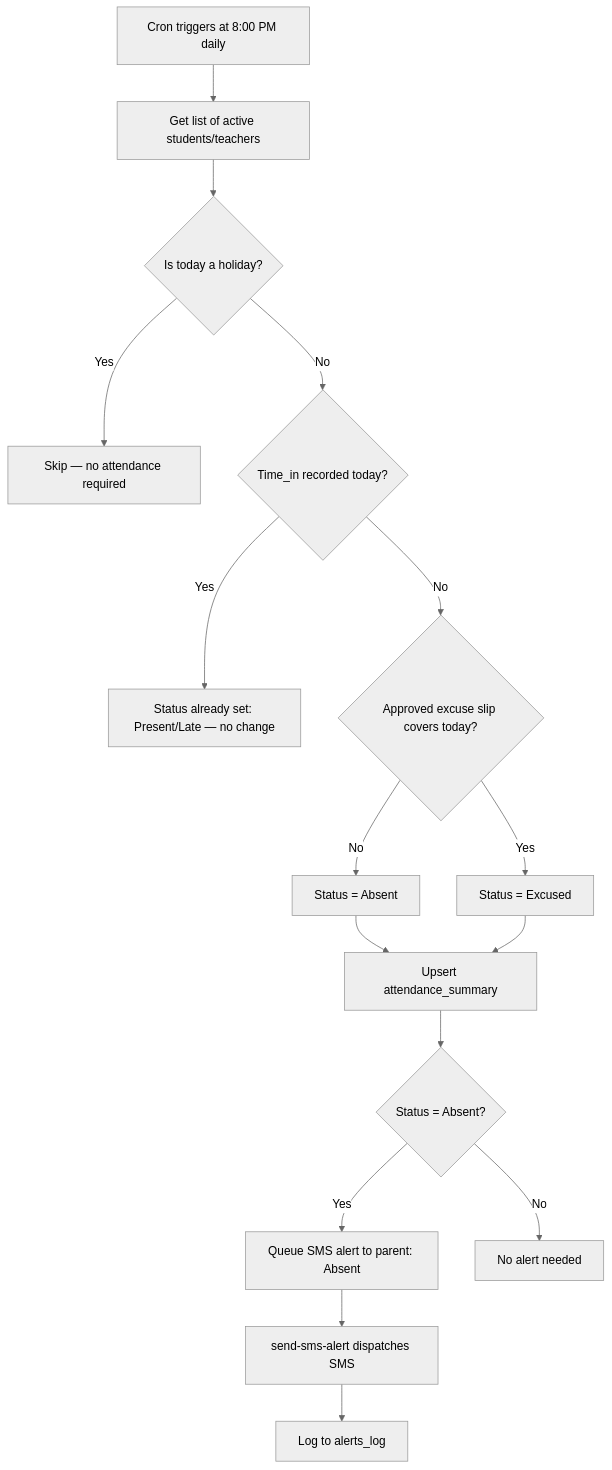
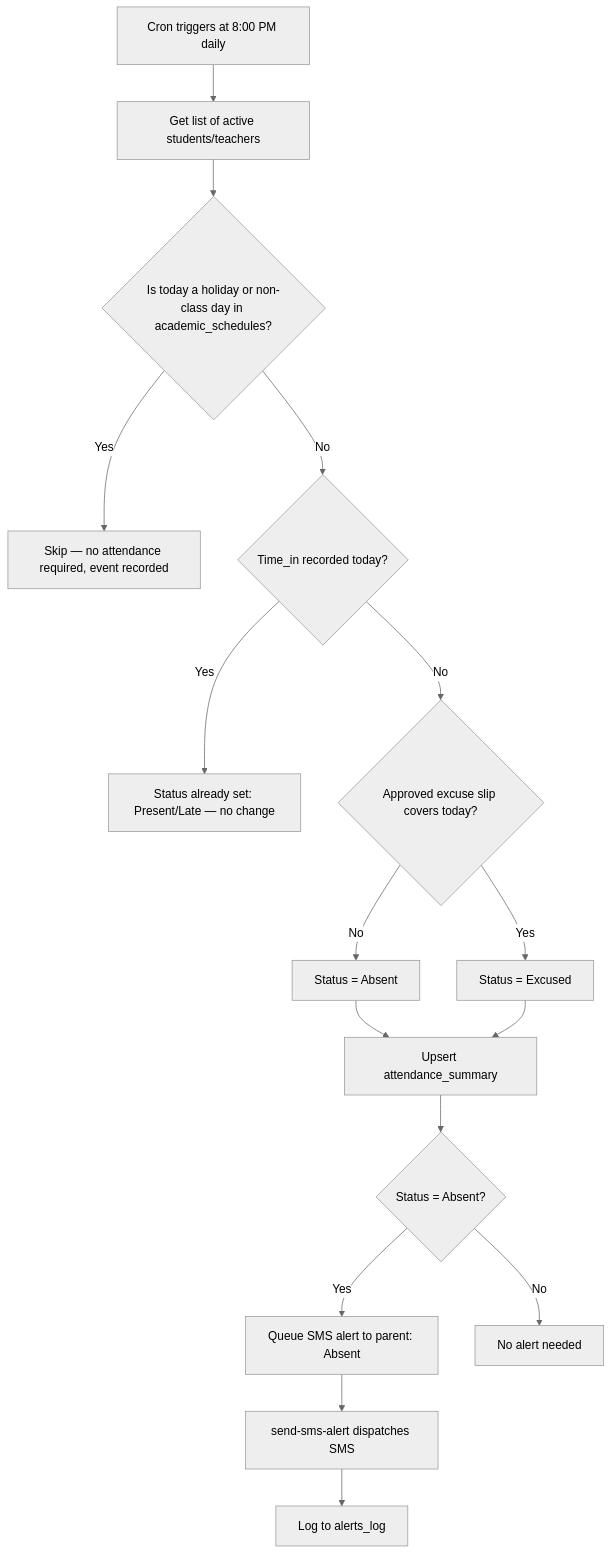
Before and after one commit to jaynzxc/Attendance-Monitoring-System: the second of 7 diagrams in docs/WORKFLOW.md, drawn with Mermaid (neutral theme). The commit also changed other lines of this file and 28 other files, not shown here.

Commit message:
[Calendar] Implement multi-role attendance calendar and academic schedule engine

````diff
--- a/docs/WORKFLOW.md
+++ b/docs/WORKFLOW.md
@@ -89,18 +89,18 @@
 ```mermaid
 flowchart TD
     A[Cron triggers at 8:00 PM daily] --> B[Get list of active students/teachers]
-    B --> C{Is today a holiday?}
-    C -- Yes --> C1[Skip — no attendance required]
+    B --> C{Is today a holiday or non-class day in academic_schedules?}
+    C -- Yes --> C1[Skip — no attendance required, event recorded]
     C -- No --> D{Time_in recorded today?}
     D -- Yes --> D1[Status already set: Present/Late — no change]
     D -- No --> E{Approved excuse slip covers today?}
     E -- Yes --> F[Status = Excused]
     E -- No --> G[Status = Absent]
     G --> H[Upsert attendance_summary]
     F --> H
     H --> I{Status = Absent?}
     I -- Yes --> J[Queue SMS alert to parent: Absent]
     J --> K[send-sms-alert dispatches SMS]
     K --> L[Log to alerts_log]
     I -- No --> M[No alert needed]
 ```
````
